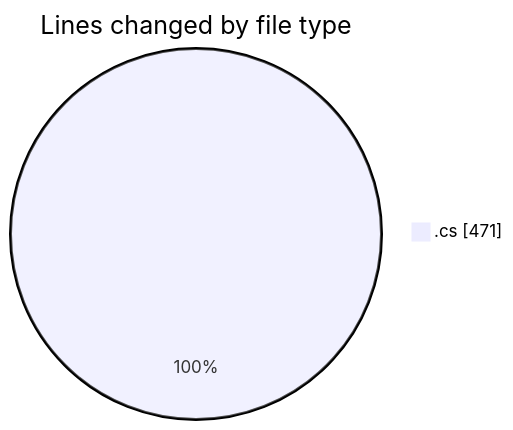
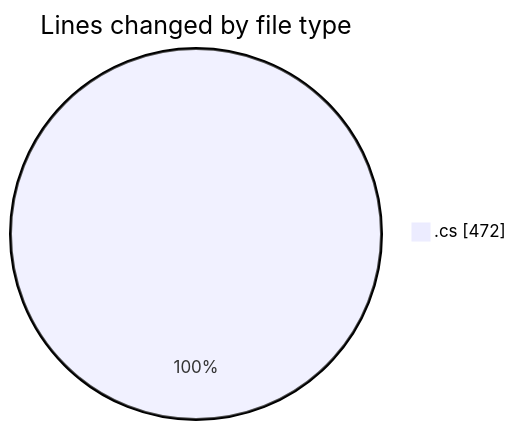
The first of 2 diagrams in 2025-03-21/back-end/README.md (Netris89/code-tracking), drawn with Mermaid before and after one commit. The commit also changed other lines of this file and 1 other file, not shown here.

````diff
--- a/2025-03-21/back-end/README.md
+++ b/2025-03-21/back-end/README.md
@@ -21,5 +21,5 @@
 ```mermaid
 pie showData
 title Lines changed by file type
-".cs" : 471
+".cs" : 472
 ```
````
